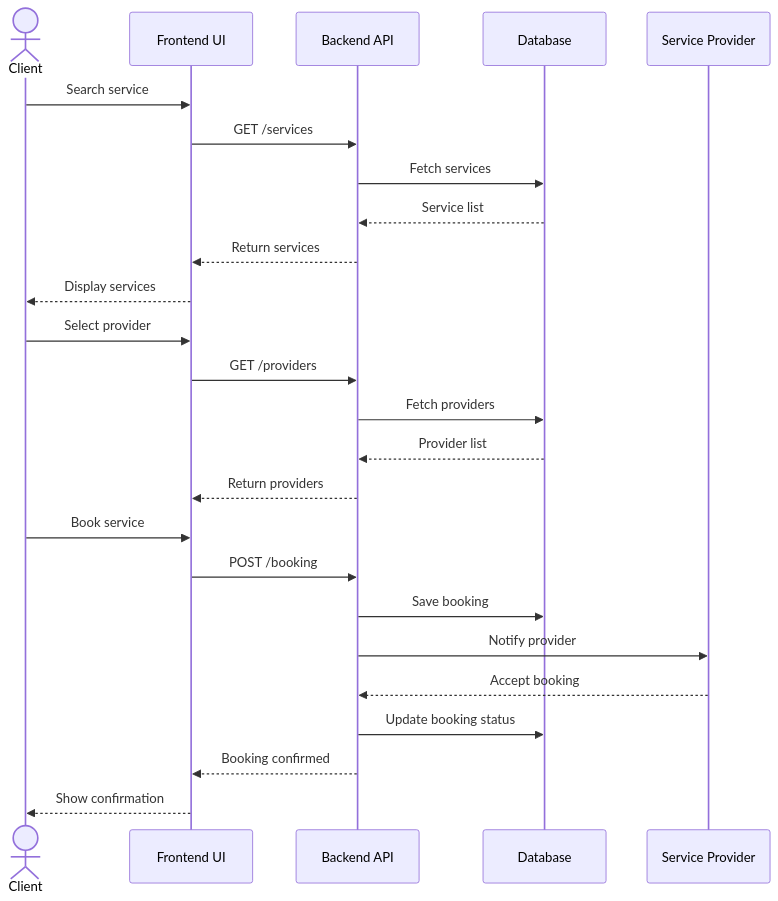
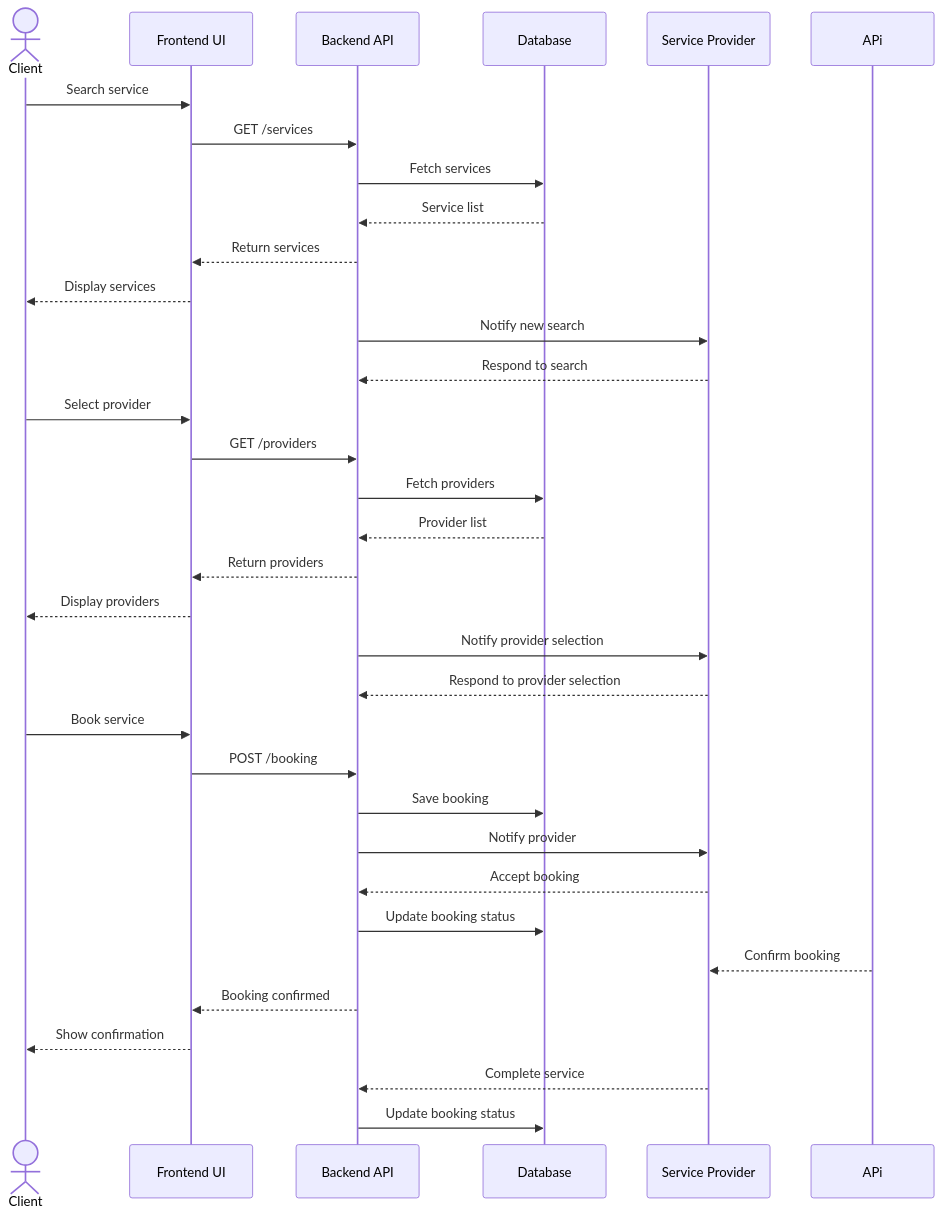
Before and after one commit to Damon237/Servicehub-marketplace: the diagram in sequence_diagram.mermaid, drawn with Mermaid. The commit also changed 6 other files, not shown here.

```diff
--- a/sequence_diagram.mermaid
+++ b/sequence_diagram.mermaid
@@ -1,30 +1,42 @@
 sequenceDiagram
     actor Client
     participant UI as Frontend UI
     participant API as Backend API
     participant DB as Database
     participant SP as Service Provider
 
     Client->>UI: Search service
     UI->>API: GET /services
     API->>DB: Fetch services
     DB-->>API: Service list
     API-->>UI: Return services
     UI-->>Client: Display services
+    API->>SP: Notify new search
+    SP-->>API: Respond to search
+
 
     Client->>UI: Select provider
     UI->>API: GET /providers
     API->>DB: Fetch providers
     DB-->>API: Provider list
     API-->>UI: Return providers
+    UI-->>Client: Display providers
+    API->>SP: Notify provider selection
+    SP-->>API: Respond to provider selection
+
 
     Client->>UI: Book service
     UI->>API: POST /booking
     API->>DB: Save booking
     API->>SP: Notify provider
 
+
     SP-->>API: Accept booking
     API->>DB: Update booking status
+    APi-->>SP: Confirm booking
+
 
     API-->>UI: Booking confirmed
     UI-->>Client: Show confirmation
+    SP-->>API: Complete service
+    API->>DB: Update booking status
```
